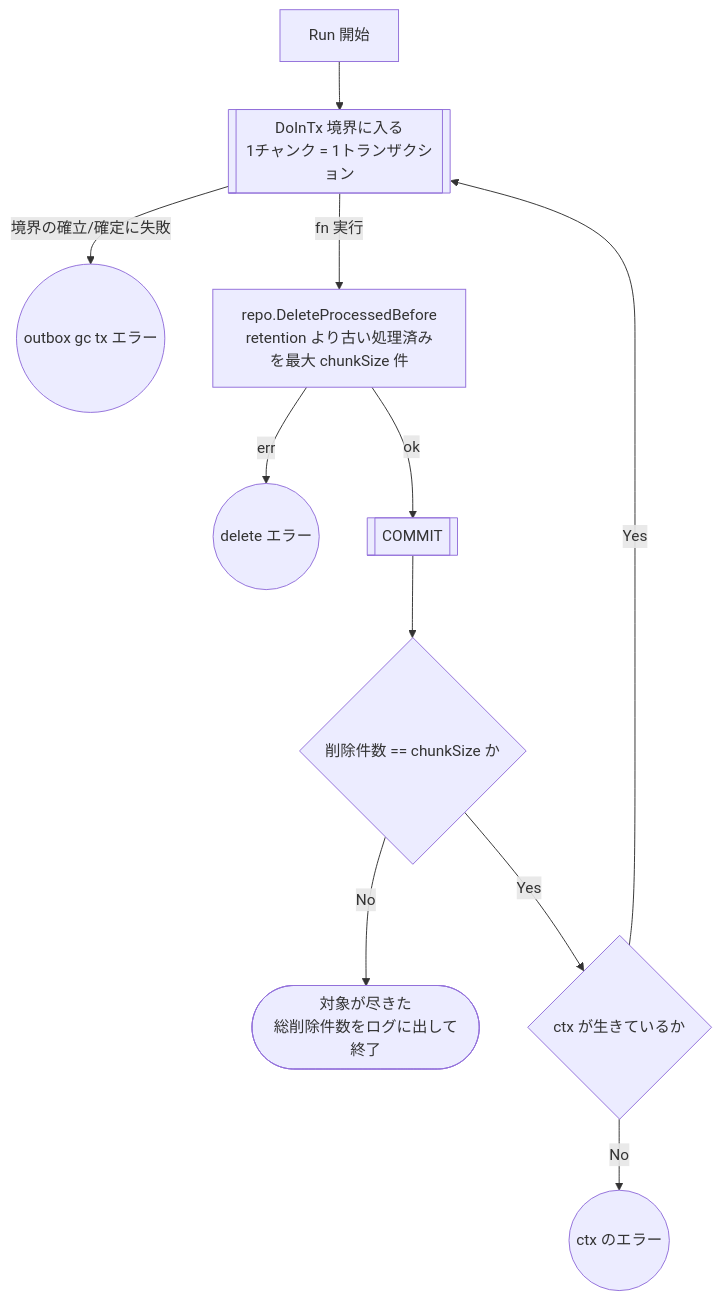
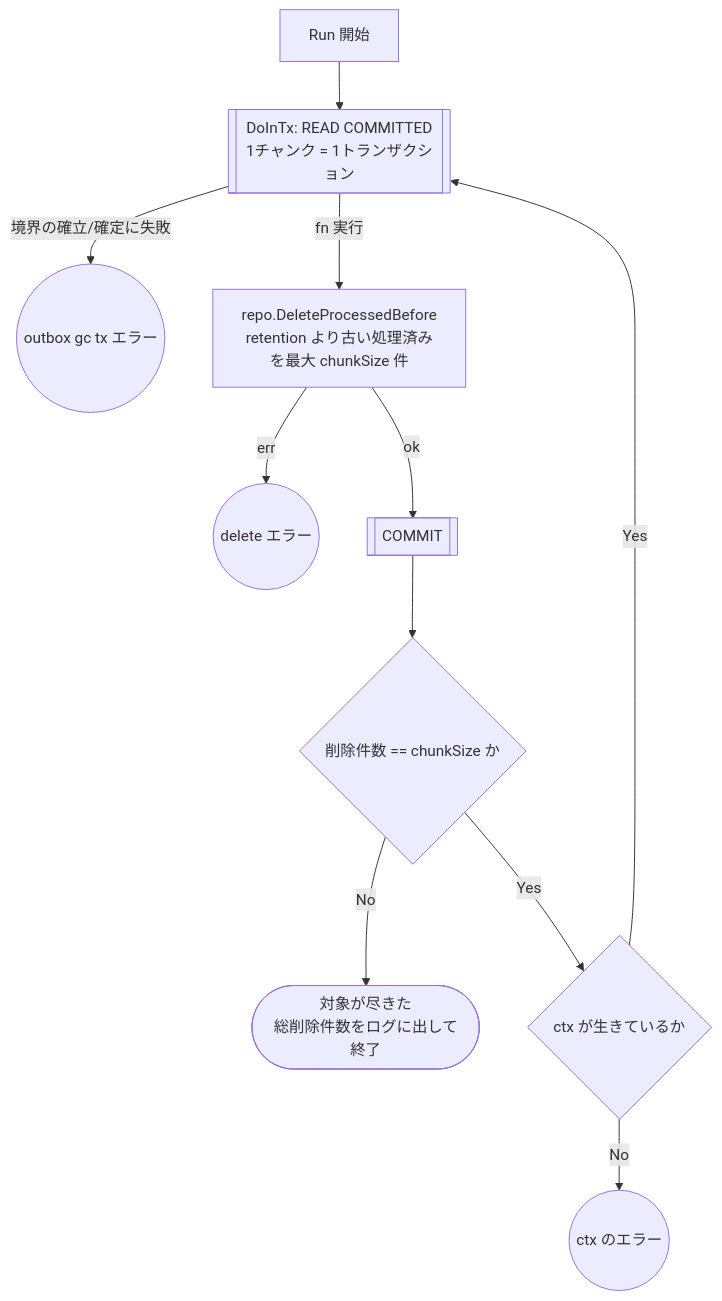
The diagram in docs/testing/outbox-gc.md (uchidas-rogue/game-api-sample), drawn with Mermaid before and after one commit. The commit also changed other lines of this file and 9 other files, not shown here.

````diff
--- a/docs/testing/outbox-gc.md
+++ b/docs/testing/outbox-gc.md
@@ -14,15 +14,15 @@
 ```mermaid
 flowchart TD
-    A[Run 開始] --> B[[DoInTx 境界に入る<br/>1チャンク = 1トランザクション]]
+    A[Run 開始] --> B[[DoInTx: READ COMMITTED<br/>1チャンク = 1トランザクション]]
     B -- 境界の確立/確定に失敗 --> E1((outbox gc tx エラー))
     B -- fn 実行 --> C[repo.DeleteProcessedBefore<br/>retention より古い処理済みを最大 chunkSize 件]
 
     C -- err --> E2((delete エラー))
     C -- ok --> D[[COMMIT]]
     D --> F{削除件数 == chunkSize か}
 
     F -- No --> Z([対象が尽きた<br/>総削除件数をログに出して終了])
     F -- Yes --> G{ctx が生きているか}
     G -- No --> E3((ctx のエラー))
     G -- Yes --> B
 ```
````
